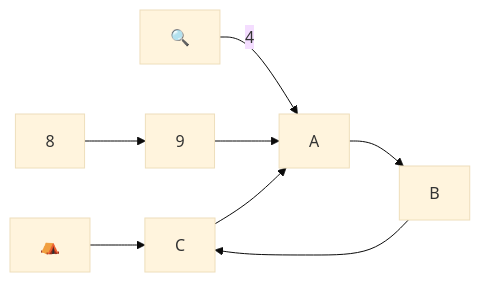
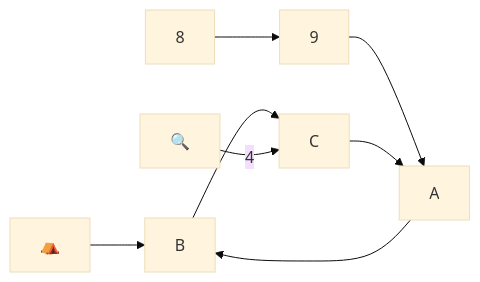
One commit to raganwald/raganwald.github.com changed diagram 13 of 13 in _posts/2026-02-15-nuralagus-rex.md. Above: the diagram before and after it, drawn with Mermaid (base theme). The commit also changed other lines of this file, not shown here.

```diff
--- a/_posts/2026-02-15-nuralagus-rex.md
+++ b/_posts/2026-02-15-nuralagus-rex.md
@@ -277,15 +277,15 @@
 <div class="mermaid">
   graph LR
     
     base["⛺️"]
     search["🔍"]
     e["8"]
     f["9"]
     g["A"]
     h["B"]
     i["C"]
 
     e-->f-->g-->h-->i-->g
-    base-->i
-    search--4-->g
+    base-->h
+    search--4-->i
 </div>
```
